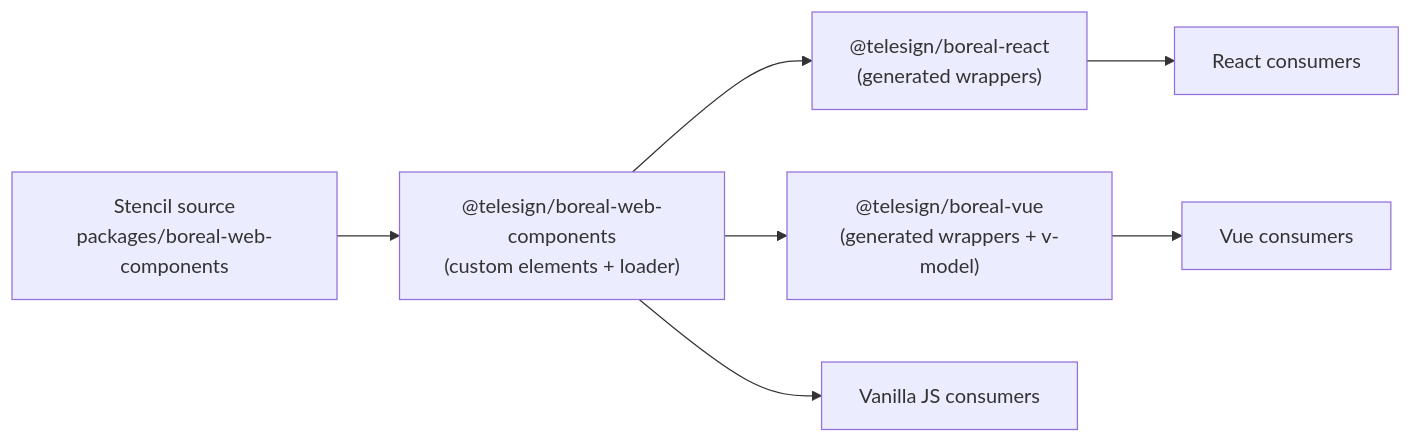
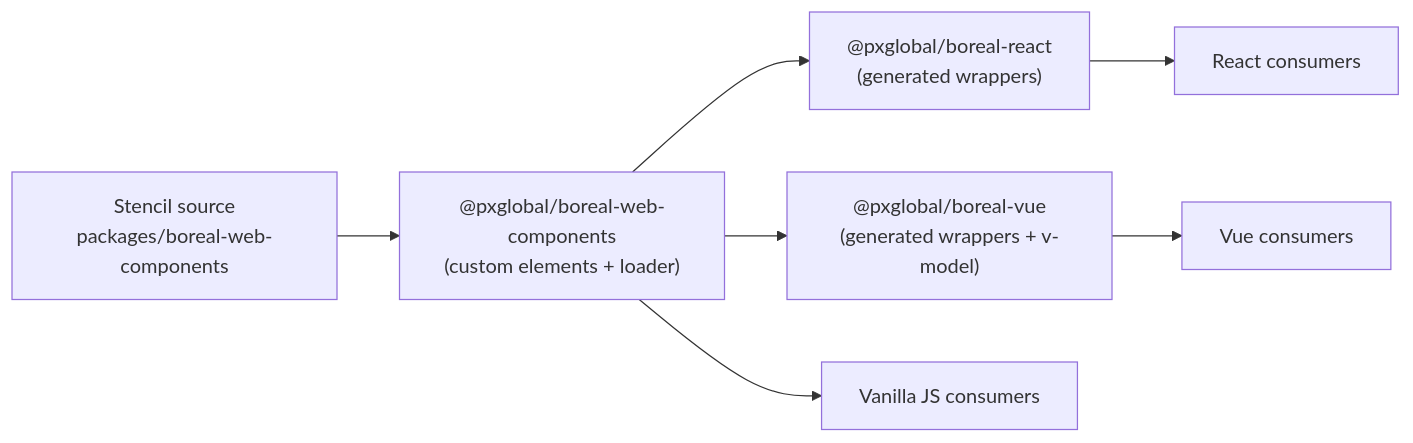
The fourth of 6 diagrams in ai-docs/guidelines/development-standards.md (dgonzalezts/boreal-ds-ai), drawn with Mermaid before and after one commit. The commit also changed other lines of this file and 86 other files, not shown here.

````diff
--- a/ai-docs/guidelines/development-standards.md
+++ b/ai-docs/guidelines/development-standards.md
@@ -544,9 +544,9 @@
 ```mermaid
 flowchart LR
-    A["Stencil source<br/>packages/boreal-web-components"] --> B["@telesign/boreal-web-components<br/>(custom elements + loader)"]
-    B --> C["@telesign/boreal-react<br/>(generated wrappers)"]
-    B --> D["@telesign/boreal-vue<br/>(generated wrappers + v-model)"]
+    A["Stencil source<br/>packages/boreal-web-components"] --> B["@pxglobal/boreal-web-components<br/>(custom elements + loader)"]
+    B --> C["@pxglobal/boreal-react<br/>(generated wrappers)"]
+    B --> D["@pxglobal/boreal-vue<br/>(generated wrappers + v-model)"]
     C --> E[React consumers]
     D --> F[Vue consumers]
     B --> G[Vanilla JS consumers]
 ```
````
